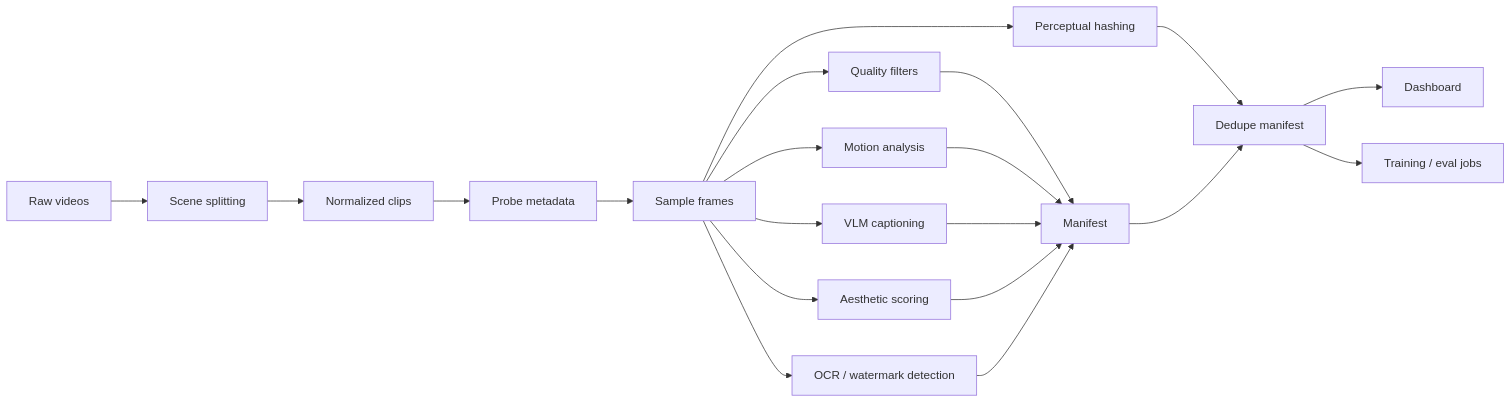
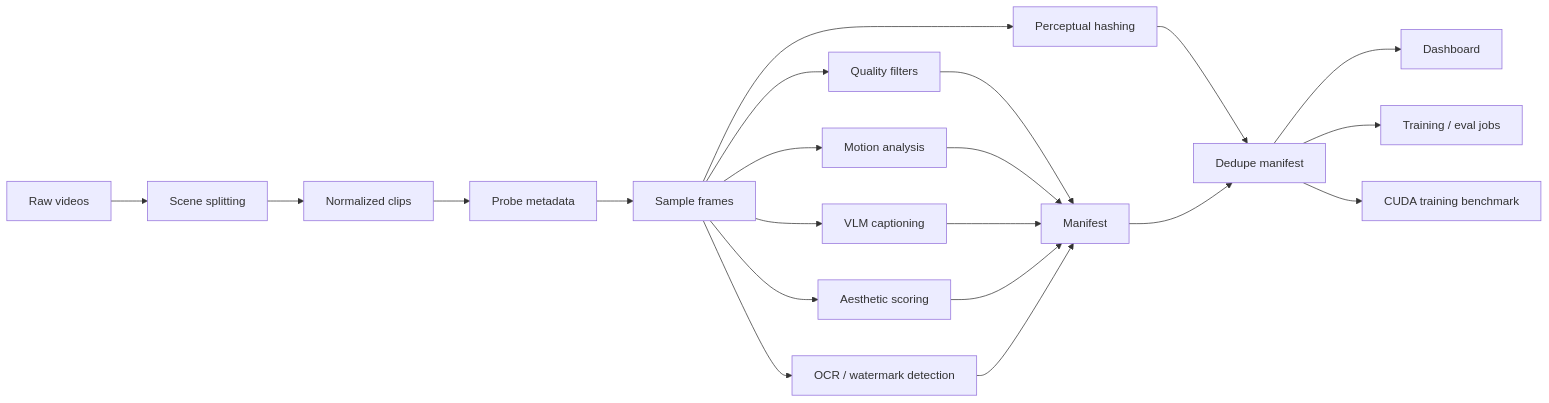
The diagram in README.md (karatarassul4-max/video-dataset-factory), drawn with Mermaid before and after one commit. The commit also changed other lines of this file, not shown here.

Commit message:
Document GPU training benchmark workflow

````diff
--- a/README.md
+++ b/README.md
@@ -71,22 +75,23 @@
 ```mermaid
 flowchart LR
     A[Raw videos] --> B[Scene splitting]
     B --> C[Normalized clips]
     C --> D[Probe metadata]
     D --> E[Sample frames]
     E --> F[Quality filters]
     E --> G[Motion analysis]
     E --> H[VLM captioning]
     E --> L[Aesthetic scoring]
     E --> M[Perceptual hashing]
     E --> O[OCR / watermark detection]
     F --> I[Manifest]
     G --> I
     H --> I
     L --> I
     M --> N[Dedupe manifest]
     O --> I
     I --> N
     N --> J[Dashboard]
     N --> K[Training / eval jobs]
+    N --> P[CUDA training benchmark]
 ```
````
